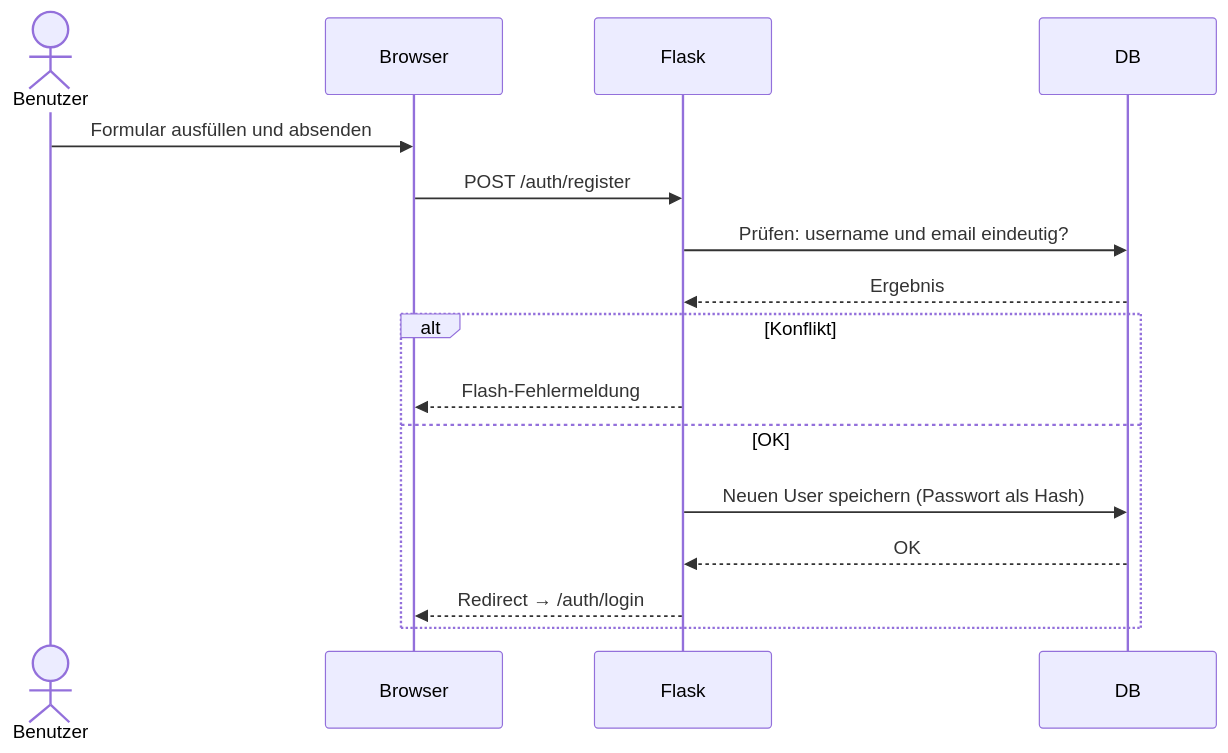
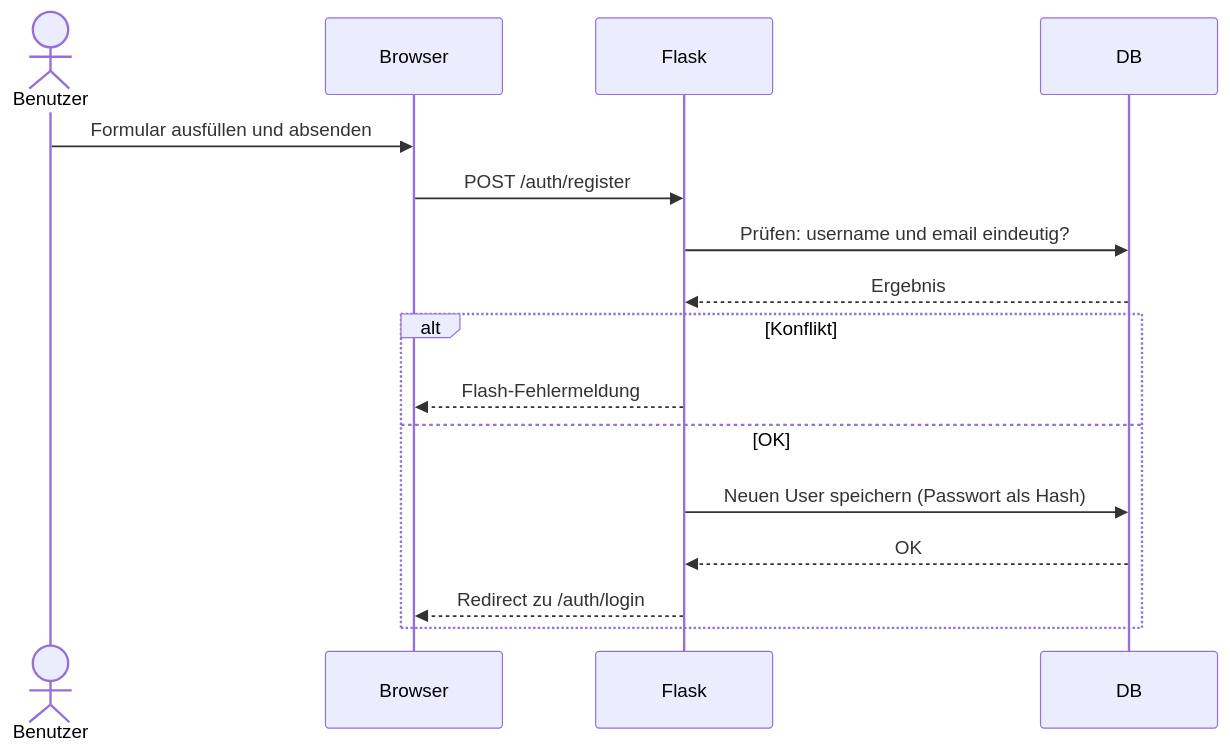
Before and after one commit to mogomes/e-mobility: the second of 5 diagrams in docs/05_systemarchitektur.md, drawn with Mermaid. The commit also changed other lines of this file, not shown here.

````diff
--- a/docs/05_systemarchitektur.md
+++ b/docs/05_systemarchitektur.md
@@ -99,19 +99,19 @@
 ```mermaid
 sequenceDiagram
     actor Benutzer
     participant Browser
     participant Flask
     participant DB
 
     Benutzer->>Browser: Formular ausfüllen und absenden
     Browser->>Flask: POST /auth/register
     Flask->>DB: Prüfen: username und email eindeutig?
     DB-->>Flask: Ergebnis
     alt Konflikt
         Flask-->>Browser: Flash-Fehlermeldung
     else OK
         Flask->>DB: Neuen User speichern (Passwort als Hash)
         DB-->>Flask: OK
-        Flask-->>Browser: Redirect → /auth/login
+        Flask-->>Browser: Redirect zu /auth/login
     end
 ```
````
